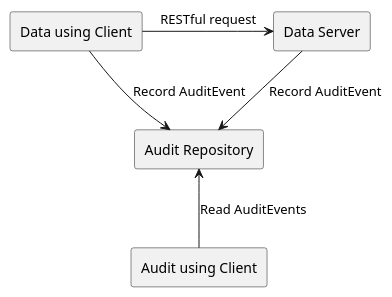
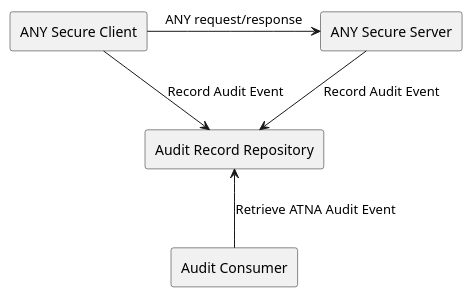
The diagram in input/images-source/ActorsAndTransactions.plantuml (IHE/ITI.BasicAudit), drawn with PlantUML before and after one commit. The commit also changed 8 other files, not shown here.

```diff
--- a/input/images-source/ActorsAndTransactions.plantuml
+++ b/input/images-source/ActorsAndTransactions.plantuml
@@ -1,10 +1,10 @@
 @startuml
-agent "Data using Client" as Client
-agent "Data Server" as Server
-agent "Audit Repository" as AuditRepository
-agent "Audit using Client" as AuditClient
-Client -right-> Server : RESTful request
-Server -down-> AuditRepository: Record AuditEvent
-Client --> AuditRepository: Record AuditEvent
-AuditClient -up-> AuditRepository: Read AuditEvents
+agent "ANY Secure Client" as Client
+agent "ANY Secure Server" as Server
+agent "Audit Record Repository" as AuditRepository
+agent "Audit Consumer" as AuditClient
+Client -right-> Server : ANY request/response
+Server -down-> AuditRepository: Record Audit Event
+Client --> AuditRepository: Record Audit Event
+AuditClient -up-> AuditRepository: Retrieve ATNA Audit Event
 @enduml
```
